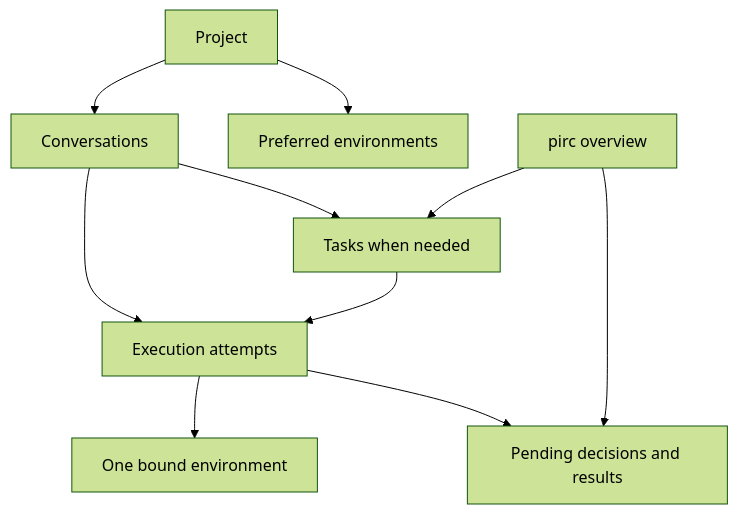
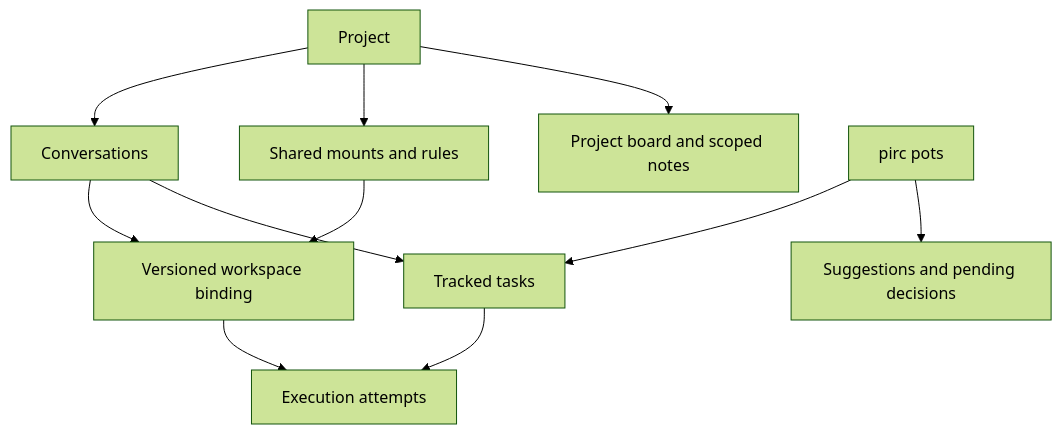
The diagram in plans/unified-conversations.md (iceice666/pirc), drawn with Mermaid (forest theme) before and after one commit. The commit also changed other lines of this file and 2 other files, not shown here.

Commit message:
docs: integrate pots, project resources and library extraction plans

````diff
--- a/plans/unified-conversations.md
+++ b/plans/unified-conversations.md
@@ -74,12 +76,13 @@
 ```mermaid
 flowchart TD
     P[Project] --> C[Conversations]
-    P --> E[Preferred environments]
-    C --> T[Tasks when needed]
-    C --> R[Execution attempts]
-    T --> R
-    R --> B[One bound environment]
-    R --> D[Pending decisions and results]
-    A[pirc overview] --> T
-    A --> D
+    P --> M[Shared mounts and rules]
+    P --> B[Project board and scoped notes]
+    C --> W[Versioned workspace binding]
+    M --> W
+    C --> T[Tracked tasks]
+    T --> R[Execution attempts]
+    W --> R
+    A[pirc pots] --> T
+    A --> D[Suggestions and pending decisions]
 ```
````
